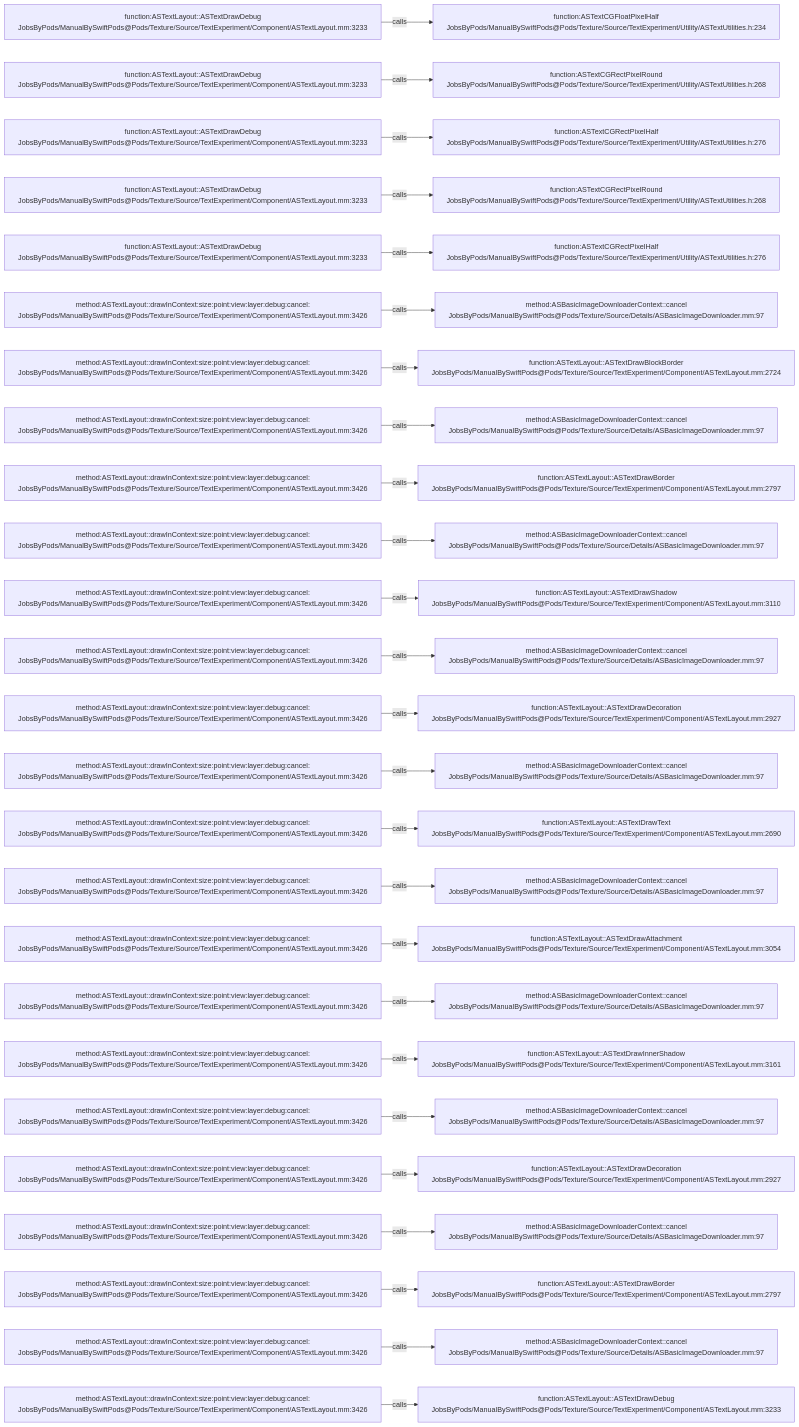
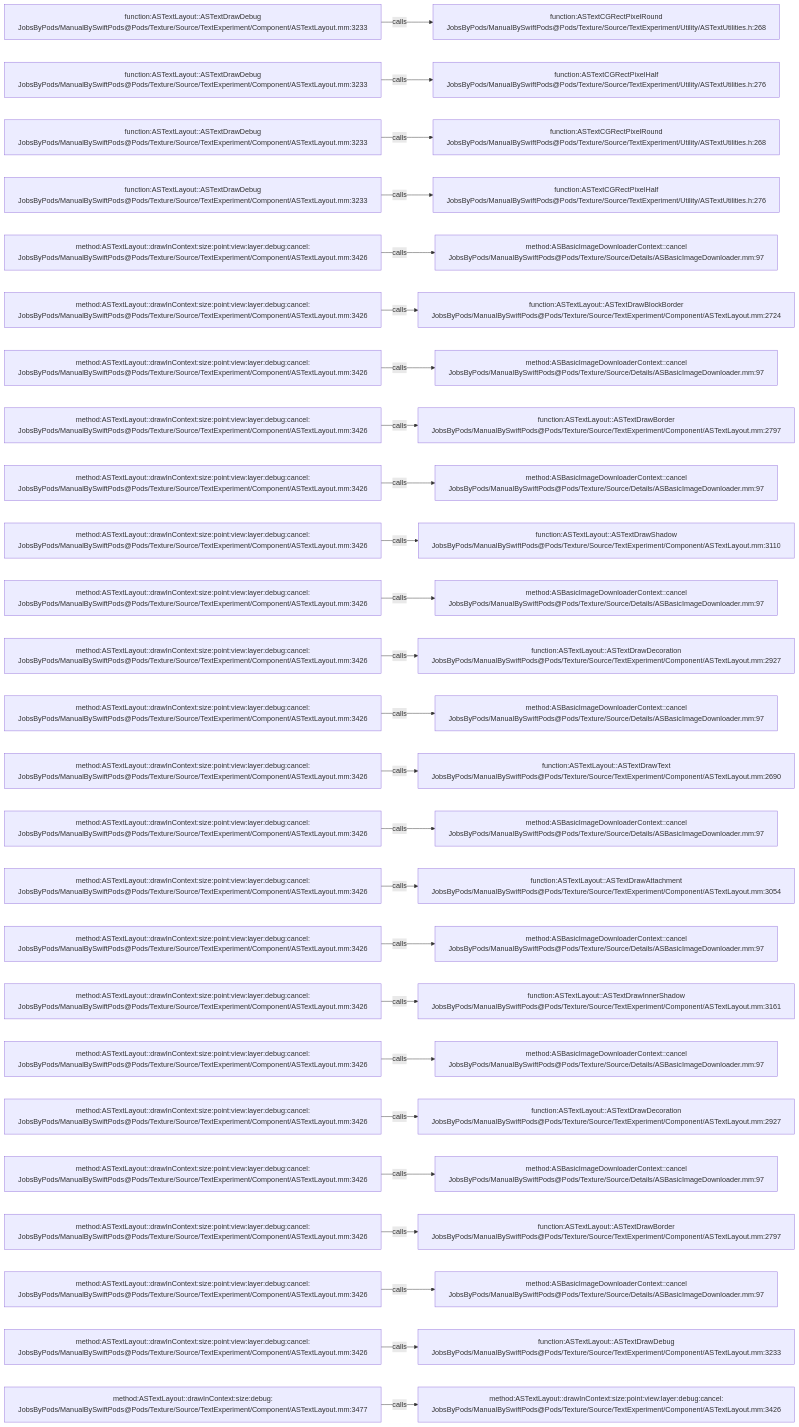
Before and after one commit to JobsKits/JobsSwiftBaseConfigDemo: the diagram in .codegraph/codegraph.md/graphs/calls-137.md, drawn with Mermaid. The commit also changed 747 other files, not shown here.

````diff
--- a/.codegraph/codegraph.md/graphs/calls-137.md
+++ b/.codegraph/codegraph.md/graphs/calls-137.md
@@ -13,78 +13,78 @@
 ```mermaid
 flowchart LR
   S1["function:ASTextLayout::ASTextDrawDebug<br/>JobsByPods/ManualBySwiftPods@Pods/Texture/Source/TextExperiment/Component/ASTextLayout.mm:3233"]
-  T1["function:ASTextCGFloatPixelHalf<br/>JobsByPods/ManualBySwiftPods@Pods/Texture/Source/TextExperiment/Utility/ASTextUtilities.h:234"]
+  T1["function:ASTextCGRectPixelRound<br/>JobsByPods/ManualBySwiftPods@Pods/Texture/Source/TextExperiment/Utility/ASTextUtilities.h:268"]
   S1 -->|calls| T1
   S2["function:ASTextLayout::ASTextDrawDebug<br/>JobsByPods/ManualBySwiftPods@Pods/Texture/Source/TextExperiment/Component/ASTextLayout.mm:3233"]
-  T2["function:ASTextCGRectPixelRound<br/>JobsByPods/ManualBySwiftPods@Pods/Texture/Source/TextExperiment/Utility/ASTextUtilities.h:268"]
+  T2["function:ASTextCGRectPixelHalf<br/>JobsByPods/ManualBySwiftPods@Pods/Texture/Source/TextExperiment/Utility/ASTextUtilities.h:276"]
   S2 -->|calls| T2
   S3["function:ASTextLayout::ASTextDrawDebug<br/>JobsByPods/ManualBySwiftPods@Pods/Texture/Source/TextExperiment/Component/ASTextLayout.mm:3233"]
-  T3["function:ASTextCGRectPixelHalf<br/>JobsByPods/ManualBySwiftPods@Pods/Texture/Source/TextExperiment/Utility/ASTextUtilities.h:276"]
+  T3["function:ASTextCGRectPixelRound<br/>JobsByPods/ManualBySwiftPods@Pods/Texture/Source/TextExperiment/Utility/ASTextUtilities.h:268"]
   S3 -->|calls| T3
   S4["function:ASTextLayout::ASTextDrawDebug<br/>JobsByPods/ManualBySwiftPods@Pods/Texture/Source/TextExperiment/Component/ASTextLayout.mm:3233"]
-  T4["function:ASTextCGRectPixelRound<br/>JobsByPods/ManualBySwiftPods@Pods/Texture/Source/TextExperiment/Utility/ASTextUtilities.h:268"]
+  T4["function:ASTextCGRectPixelHalf<br/>JobsByPods/ManualBySwiftPods@Pods/Texture/Source/TextExperiment/Utility/ASTextUtilities.h:276"]
   S4 -->|calls| T4
-  S5["function:ASTextLayout::ASTextDrawDebug<br/>JobsByPods/ManualBySwiftPods@Pods/Texture/Source/TextExperiment/Component/ASTextLayout.mm:3233"]
-  T5["function:ASTextCGRectPixelHalf<br/>JobsByPods/ManualBySwiftPods@Pods/Texture/Source/TextExperiment/Utility/ASTextUtilities.h:276"]
+  S5["method:ASTextLayout::drawInContext:size:point:view:layer:debug:cancel:<br/>JobsByPods/ManualBySwiftPods@Pods/Texture/Source/TextExperiment/Component/ASTextLayout.mm:3426"]
+  T5["method:ASBasicImageDownloaderContext::cancel<br/>JobsByPods/ManualBySwiftPods@Pods/Texture/Source/Details/ASBasicImageDownloader.mm:97"]
   S5 -->|calls| T5
   S6["method:ASTextLayout::drawInContext:size:point:view:layer:debug:cancel:<br/>JobsByPods/ManualBySwiftPods@Pods/Texture/Source/TextExperiment/Component/ASTextLayout.mm:3426"]
-  T6["method:ASBasicImageDownloaderContext::cancel<br/>JobsByPods/ManualBySwiftPods@Pods/Texture/Source/Details/ASBasicImageDownloader.mm:97"]
+  T6["function:ASTextLayout::ASTextDrawBlockBorder<br/>JobsByPods/ManualBySwiftPods@Pods/Texture/Source/TextExperiment/Component/ASTextLayout.mm:2724"]
   S6 -->|calls| T6
   S7["method:ASTextLayout::drawInContext:size:point:view:layer:debug:cancel:<br/>JobsByPods/ManualBySwiftPods@Pods/Texture/Source/TextExperiment/Component/ASTextLayout.mm:3426"]
-  T7["function:ASTextLayout::ASTextDrawBlockBorder<br/>JobsByPods/ManualBySwiftPods@Pods/Texture/Source/TextExperiment/Component/ASTextLayout.mm:2724"]
+  T7["method:ASBasicImageDownloaderContext::cancel<br/>JobsByPods/ManualBySwiftPods@Pods/Texture/Source/Details/ASBasicImageDownloader.mm:97"]
   S7 -->|calls| T7
   S8["method:ASTextLayout::drawInContext:size:point:view:layer:debug:cancel:<br/>JobsByPods/ManualBySwiftPods@Pods/Texture/Source/TextExperiment/Component/ASTextLayout.mm:3426"]
-  T8["method:ASBasicImageDownloaderContext::cancel<br/>JobsByPods/ManualBySwiftPods@Pods/Texture/Source/Details/ASBasicImageDownloader.mm:97"]
+  T8["function:ASTextLayout::ASTextDrawBorder<br/>JobsByPods/ManualBySwiftPods@Pods/Texture/Source/TextExperiment/Component/ASTextLayout.mm:2797"]
   S8 -->|calls| T8
   S9["method:ASTextLayout::drawInContext:size:point:view:layer:debug:cancel:<br/>JobsByPods/ManualBySwiftPods@Pods/Texture/Source/TextExperiment/Component/ASTextLayout.mm:3426"]
-  T9["function:ASTextLayout::ASTextDrawBorder<br/>JobsByPods/ManualBySwiftPods@Pods/Texture/Source/TextExperiment/Component/ASTextLayout.mm:2797"]
+  T9["method:ASBasicImageDownloaderContext::cancel<br/>JobsByPods/ManualBySwiftPods@Pods/Texture/Source/Details/ASBasicImageDownloader.mm:97"]
   S9 -->|calls| T9
   S10["method:ASTextLayout::drawInContext:size:point:view:layer:debug:cancel:<br/>JobsByPods/ManualBySwiftPods@Pods/Texture/Source/TextExperiment/Component/ASTextLayout.mm:3426"]
-  T10["method:ASBasicImageDownloaderContext::cancel<br/>JobsByPods/ManualBySwiftPods@Pods/Texture/Source/Details/ASBasicImageDownloader.mm:97"]
+  T10["function:ASTextLayout::ASTextDrawShadow<br/>JobsByPods/ManualBySwiftPods@Pods/Texture/Source/TextExperiment/Component/ASTextLayout.mm:3110"]
   S10 -->|calls| T10
   S11["method:ASTextLayout::drawInContext:size:point:view:layer:debug:cancel:<br/>JobsByPods/ManualBySwiftPods@Pods/Texture/Source/TextExperiment/Component/ASTextLayout.mm:3426"]
-  T11["function:ASTextLayout::ASTextDrawShadow<br/>JobsByPods/ManualBySwiftPods@Pods/Texture/Source/TextExperiment/Component/ASTextLayout.mm:3110"]
+  T11["method:ASBasicImageDownloaderContext::cancel<br/>JobsByPods/ManualBySwiftPods@Pods/Texture/Source/Details/ASBasicImageDownloader.mm:97"]
   S11 -->|calls| T11
   S12["method:ASTextLayout::drawInContext:size:point:view:layer:debug:cancel:<br/>JobsByPods/ManualBySwiftPods@Pods/Texture/Source/TextExperiment/Component/ASTextLayout.mm:3426"]
-  T12["method:ASBasicImageDownloaderContext::cancel<br/>JobsByPods/ManualBySwiftPods@Pods/Texture/Source/Details/ASBasicImageDownloader.mm:97"]
+  T12["function:ASTextLayout::ASTextDrawDecoration<br/>JobsByPods/ManualBySwiftPods@Pods/Texture/Source/TextExperiment/Component/ASTextLayout.mm:2927"]
   S12 -->|calls| T12
   S13["method:ASTextLayout::drawInContext:size:point:view:layer:debug:cancel:<br/>JobsByPods/ManualBySwiftPods@Pods/Texture/Source/TextExperiment/Component/ASTextLayout.mm:3426"]
-  T13["function:ASTextLayout::ASTextDrawDecoration<br/>JobsByPods/ManualBySwiftPods@Pods/Texture/Source/TextExperiment/Component/ASTextLayout.mm:2927"]
+  T13["method:ASBasicImageDownloaderContext::cancel<br/>JobsByPods/ManualBySwiftPods@Pods/Texture/Source/Details/ASBasicImageDownloader.mm:97"]
   S13 -->|calls| T13
   S14["method:ASTextLayout::drawInContext:size:point:view:layer:debug:cancel:<br/>JobsByPods/ManualBySwiftPods@Pods/Texture/Source/TextExperiment/Component/ASTextLayout.mm:3426"]
-  T14["method:ASBasicImageDownloaderContext::cancel<br/>JobsByPods/ManualBySwiftPods@Pods/Texture/Source/Details/ASBasicImageDownloader.mm:97"]
+  T14["function:ASTextLayout::ASTextDrawText<br/>JobsByPods/ManualBySwiftPods@Pods/Texture/Source/TextExperiment/Component/ASTextLayout.mm:2690"]
   S14 -->|calls| T14
   S15["method:ASTextLayout::drawInContext:size:point:view:layer:debug:cancel:<br/>JobsByPods/ManualBySwiftPods@Pods/Texture/Source/TextExperiment/Component/ASTextLayout.mm:3426"]
-  T15["function:ASTextLayout::ASTextDrawText<br/>JobsByPods/ManualBySwiftPods@Pods/Texture/Source/TextExperiment/Component/ASTextLayout.mm:2690"]
+  T15["method:ASBasicImageDownloaderContext::cancel<br/>JobsByPods/ManualBySwiftPods@Pods/Texture/Source/Details/ASBasicImageDownloader.mm:97"]
   S15 -->|calls| T15
   S16["method:ASTextLayout::drawInContext:size:point:view:layer:debug:cancel:<br/>JobsByPods/ManualBySwiftPods@Pods/Texture/Source/TextExperiment/Component/ASTextLayout.mm:3426"]
-  T16["method:ASBasicImageDownloaderContext::cancel<br/>JobsByPods/ManualBySwiftPods@Pods/Texture/Source/Details/ASBasicImageDownloader.mm:97"]
+  T16["function:ASTextLayout::ASTextDrawAttachment<br/>JobsByPods/ManualBySwiftPods@Pods/Texture/Source/TextExperiment/Component/ASTextLayout.mm:3054"]
   S16 -->|calls| T16
   S17["method:ASTextLayout::drawInContext:size:point:view:layer:debug:cancel:<br/>JobsByPods/ManualBySwiftPods@Pods/Texture/Source/TextExperiment/Component/ASTextLayout.mm:3426"]
-  T17["function:ASTextLayout::ASTextDrawAttachment<br/>JobsByPods/ManualBySwiftPods@Pods/Texture/Source/TextExperiment/Component/ASTextLayout.mm:3054"]
+  T17["method:ASBasicImageDownloaderContext::cancel<br/>JobsByPods/ManualBySwiftPods@Pods/Texture/Source/Details/ASBasicImageDownloader.mm:97"]
   S17 -->|calls| T17
   S18["method:ASTextLayout::drawInContext:size:point:view:layer:debug:cancel:<br/>JobsByPods/ManualBySwiftPods@Pods/Texture/Source/TextExperiment/Component/ASTextLayout.mm:3426"]
-  T18["method:ASBasicImageDownloaderContext::cancel<br/>JobsByPods/ManualBySwiftPods@Pods/Texture/Source/Details/ASBasicImageDownloader.mm:97"]
+  T18["function:ASTextLayout::ASTextDrawInnerShadow<br/>JobsByPods/ManualBySwiftPods@Pods/Texture/Source/TextExperiment/Component/ASTextLayout.mm:3161"]
   S18 -->|calls| T18
   S19["method:ASTextLayout::drawInContext:size:point:view:layer:debug:cancel:<br/>JobsByPods/ManualBySwiftPods@Pods/Texture/Source/TextExperiment/Component/ASTextLayout.mm:3426"]
-  T19["function:ASTextLayout::ASTextDrawInnerShadow<br/>JobsByPods/ManualBySwiftPods@Pods/Texture/Source/TextExperiment/Component/ASTextLayout.mm:3161"]
+  T19["method:ASBasicImageDownloaderContext::cancel<br/>JobsByPods/ManualBySwiftPods@Pods/Texture/Source/Details/ASBasicImageDownloader.mm:97"]
   S19 -->|calls| T19
   S20["method:ASTextLayout::drawInContext:size:point:view:layer:debug:cancel:<br/>JobsByPods/ManualBySwiftPods@Pods/Texture/Source/TextExperiment/Component/ASTextLayout.mm:3426"]
-  T20["method:ASBasicImageDownloaderContext::cancel<br/>JobsByPods/ManualBySwiftPods@Pods/Texture/Source/Details/ASBasicImageDownloader.mm:97"]
+  T20["function:ASTextLayout::ASTextDrawDecoration<br/>JobsByPods/ManualBySwiftPods@Pods/Texture/Source/TextExperiment/Component/ASTextLayout.mm:2927"]
   S20 -->|calls| T20
   S21["method:ASTextLayout::drawInContext:size:point:view:layer:debug:cancel:<br/>JobsByPods/ManualBySwiftPods@Pods/Texture/Source/TextExperiment/Component/ASTextLayout.mm:3426"]
-  T21["function:ASTextLayout::ASTextDrawDecoration<br/>JobsByPods/ManualBySwiftPods@Pods/Texture/Source/TextExperiment/Component/ASTextLayout.mm:2927"]
+  T21["method:ASBasicImageDownloaderContext::cancel<br/>JobsByPods/ManualBySwiftPods@Pods/Texture/Source/Details/ASBasicImageDownloader.mm:97"]
   S21 -->|calls| T21
   S22["method:ASTextLayout::drawInContext:size:point:view:layer:debug:cancel:<br/>JobsByPods/ManualBySwiftPods@Pods/Texture/Source/TextExperiment/Component/ASTextLayout.mm:3426"]
-  T22["method:ASBasicImageDownloaderContext::cancel<br/>JobsByPods/ManualBySwiftPods@Pods/Texture/Source/Details/ASBasicImageDownloader.mm:97"]
+  T22["function:ASTextLayout::ASTextDrawBorder<br/>JobsByPods/ManualBySwiftPods@Pods/Texture/Source/TextExperiment/Component/ASTextLayout.mm:2797"]
   S22 -->|calls| T22
   S23["method:ASTextLayout::drawInContext:size:point:view:layer:debug:cancel:<br/>JobsByPods/ManualBySwiftPods@Pods/Texture/Source/TextExperiment/Component/ASTextLayout.mm:3426"]
-  T23["function:ASTextLayout::ASTextDrawBorder<br/>JobsByPods/ManualBySwiftPods@Pods/Texture/Source/TextExperiment/Component/ASTextLayout.mm:2797"]
+  T23["method:ASBasicImageDownloaderContext::cancel<br/>JobsByPods/ManualBySwiftPods@Pods/Texture/Source/Details/ASBasicImageDownloader.mm:97"]
   S23 -->|calls| T23
   S24["method:ASTextLayout::drawInContext:size:point:view:layer:debug:cancel:<br/>JobsByPods/ManualBySwiftPods@Pods/Texture/Source/TextExperiment/Component/ASTextLayout.mm:3426"]
-  T24["method:ASBasicImageDownloaderContext::cancel<br/>JobsByPods/ManualBySwiftPods@Pods/Texture/Source/Details/ASBasicImageDownloader.mm:97"]
+  T24["function:ASTextLayout::ASTextDrawDebug<br/>JobsByPods/ManualBySwiftPods@Pods/Texture/Source/TextExperiment/Component/ASTextLayout.mm:3233"]
   S24 -->|calls| T24
-  S25["method:ASTextLayout::drawInContext:size:point:view:layer:debug:cancel:<br/>JobsByPods/ManualBySwiftPods@Pods/Texture/Source/TextExperiment/Component/ASTextLayout.mm:3426"]
-  T25["function:ASTextLayout::ASTextDrawDebug<br/>JobsByPods/ManualBySwiftPods@Pods/Texture/Source/TextExperiment/Component/ASTextLayout.mm:3233"]
+  S25["method:ASTextLayout::drawInContext:size:debug:<br/>JobsByPods/ManualBySwiftPods@Pods/Texture/Source/TextExperiment/Component/ASTextLayout.mm:3477"]
+  T25["method:ASTextLayout::drawInContext:size:point:view:layer:debug:cancel:<br/>JobsByPods/ManualBySwiftPods@Pods/Texture/Source/TextExperiment/Component/ASTextLayout.mm:3426"]
   S25 -->|calls| T25
 ```
````
